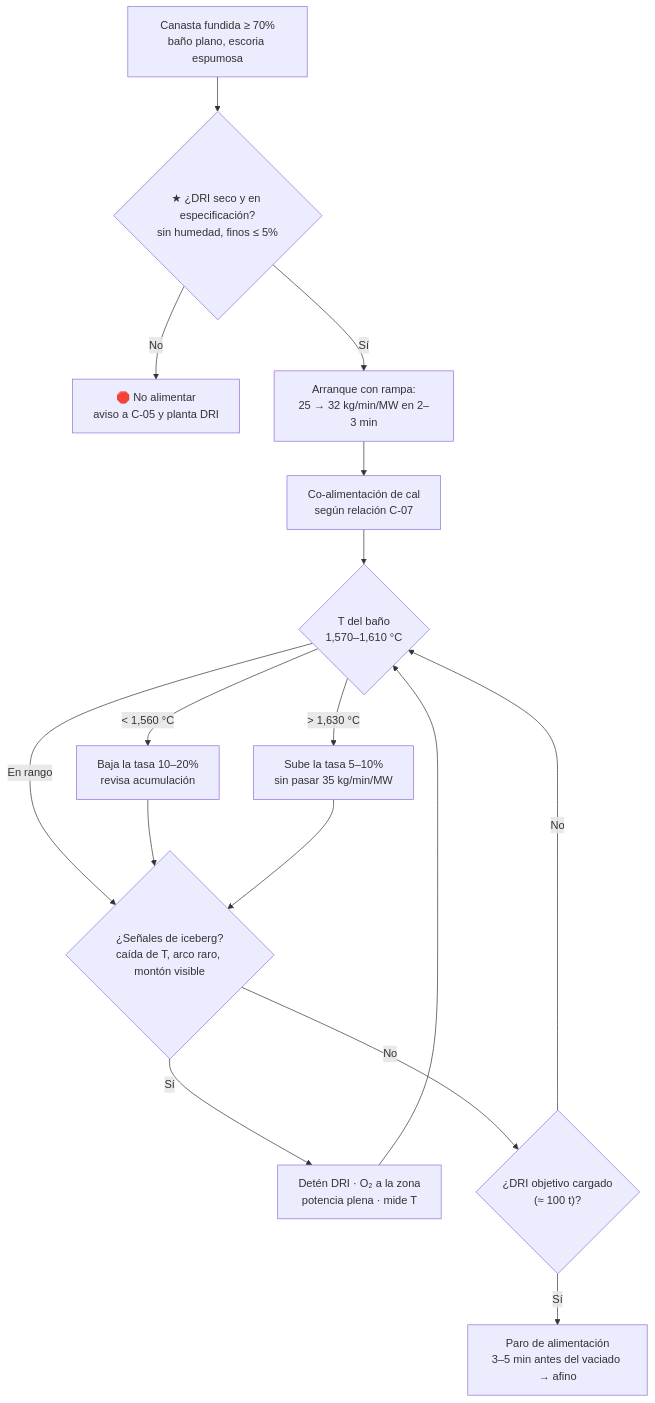
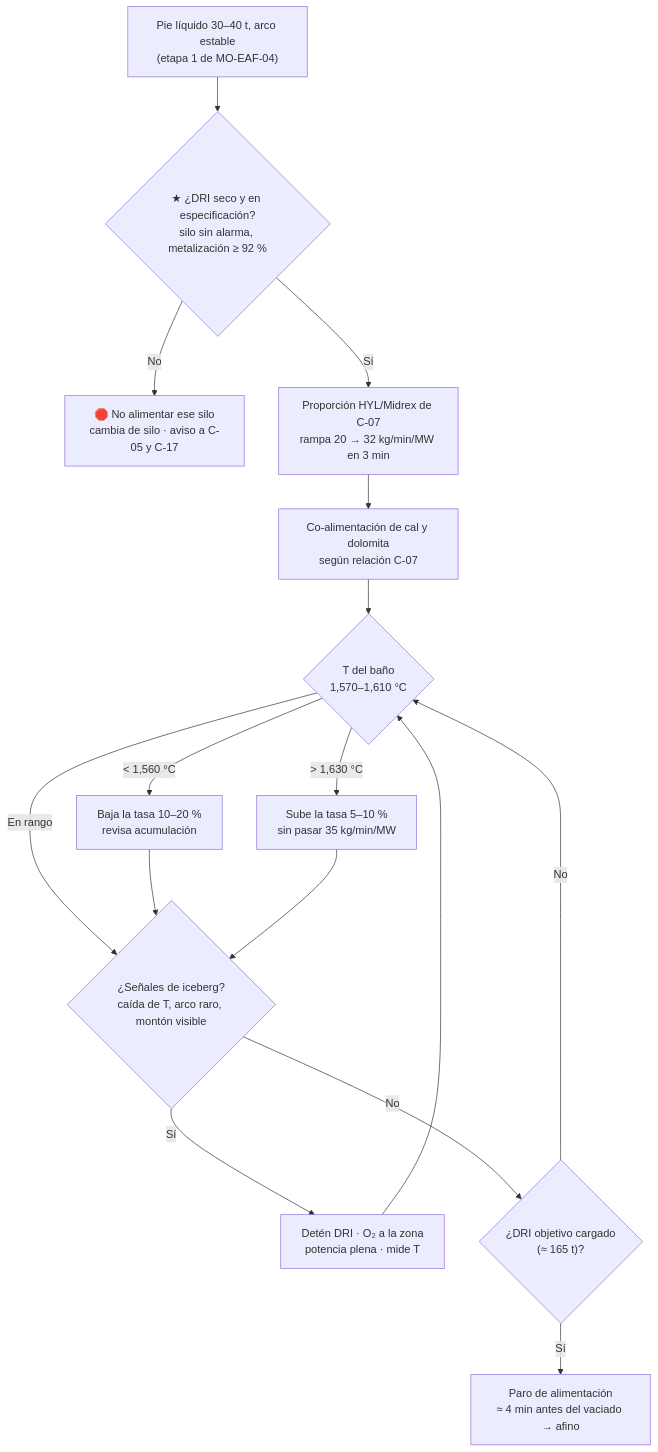
One commit to diegocardonaguzman03-maker/HR changed the diagram in 10-plantas/01-steelmaking/02-operacion/eaf/MO-EAF-03-alimentacion-continua-dri.md. Above: the diagram before and after it, drawn with Mermaid. The commit also changed other lines of this file and 21 other files, not shown here.

````diff
--- a/10-plantas/01-steelmaking/02-operacion/eaf/MO-EAF-03-alimentacion-continua-dri.md
+++ b/10-plantas/01-steelmaking/02-operacion/eaf/MO-EAF-03-alimentacion-continua-dri.md
@@ -31,18 +40,18 @@
 ```mermaid
 flowchart TD
-    A["Canasta fundida ≥ 70%<br/>baño plano, escoria espumosa"] --> B{"★ ¿DRI seco y en especificación?<br/>sin humedad, finos ≤ 5%"}
-    B -- "No" --> X["🛑 No alimentar<br/>aviso a C-05 y planta DRI"]
-    B -- "Sí" --> C["Arranque con rampa:<br/>25 → 32 kg/min/MW en 2–3 min"]
-    C --> D["Co-alimentación de cal<br/>según relación C-07"]
+    A["Pie líquido 30–40 t, arco estable<br/>(etapa 1 de MO-EAF-04)"] --> B{"★ ¿DRI seco y en especificación?<br/>silo sin alarma, metalización ≥ 92 %"}
+    B -- "No" --> X["🛑 No alimentar ese silo<br/>cambia de silo · aviso a C-05 y C-17"]
+    B -- "Sí" --> C["Proporción HYL/Midrex de C-07<br/>rampa 20 → 32 kg/min/MW en 3 min"]
+    C --> D["Co-alimentación de cal y dolomita<br/>según relación C-07"]
     D --> E{"T del baño<br/>1,570–1,610 °C"}
-    E -- "< 1,560 °C" --> F["Baja la tasa 10–20%<br/>revisa acumulación"]
-    E -- "> 1,630 °C" --> G["Sube la tasa 5–10%<br/>sin pasar 35 kg/min/MW"]
+    E -- "< 1,560 °C" --> F["Baja la tasa 10–20 %<br/>revisa acumulación"]
+    E -- "> 1,630 °C" --> G["Sube la tasa 5–10 %<br/>sin pasar 35 kg/min/MW"]
     E -- "En rango" --> H{"¿Señales de iceberg?<br/>caída de T, arco raro, montón visible"}
     F --> H
     G --> H
     H -- "Sí" --> I["Detén DRI · O₂ a la zona<br/>potencia plena · mide T"]
     I --> E
-    H -- "No" --> J{"¿DRI objetivo cargado<br/>(≈ 100 t)?"}
+    H -- "No" --> J{"¿DRI objetivo cargado<br/>(≈ 165 t)?"}
     J -- "No" --> E
-    J -- "Sí" --> K["Paro de alimentación<br/>3–5 min antes del vaciado → afino"]
+    J -- "Sí" --> K["Paro de alimentación<br/>≈ 4 min antes del vaciado → afino"]
 ```
````
